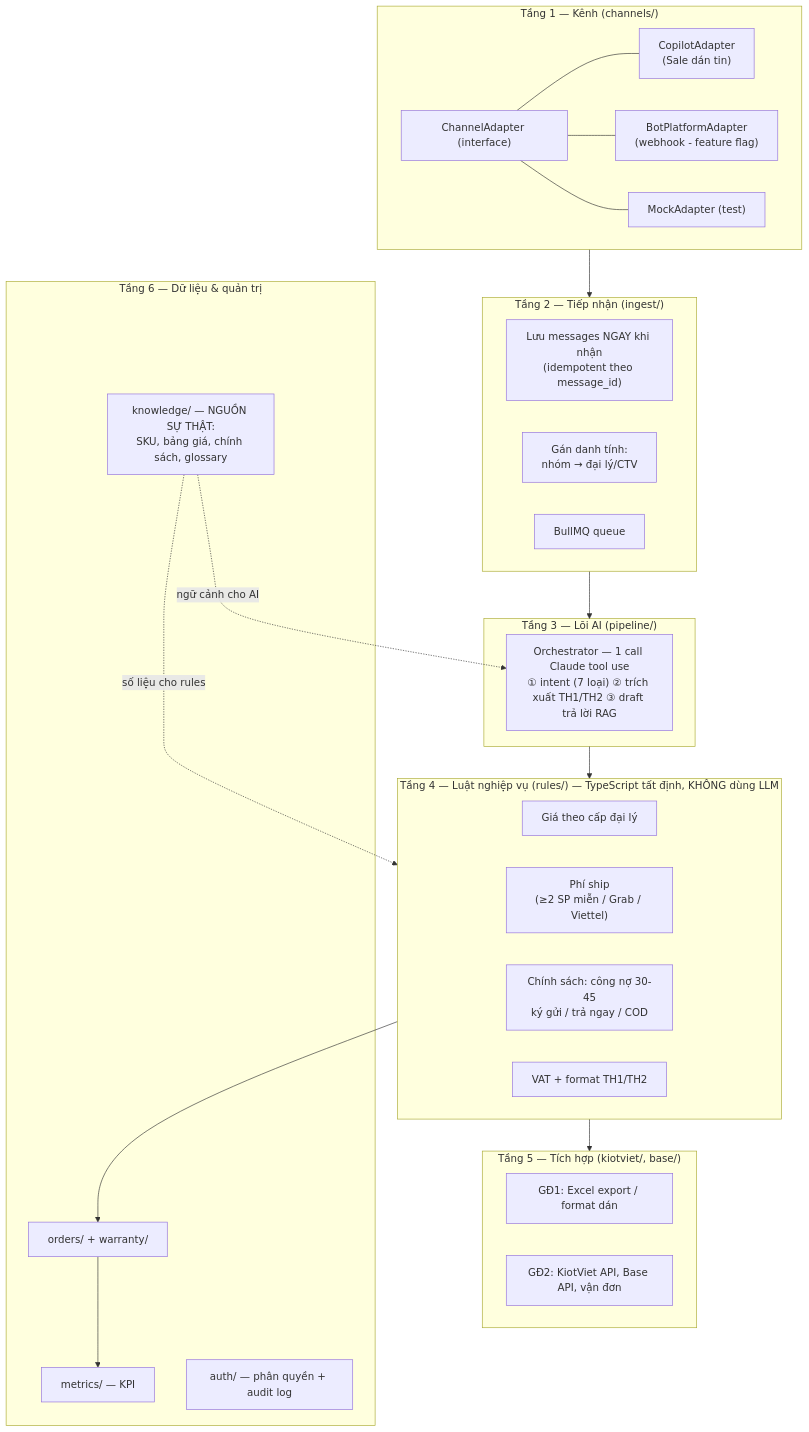
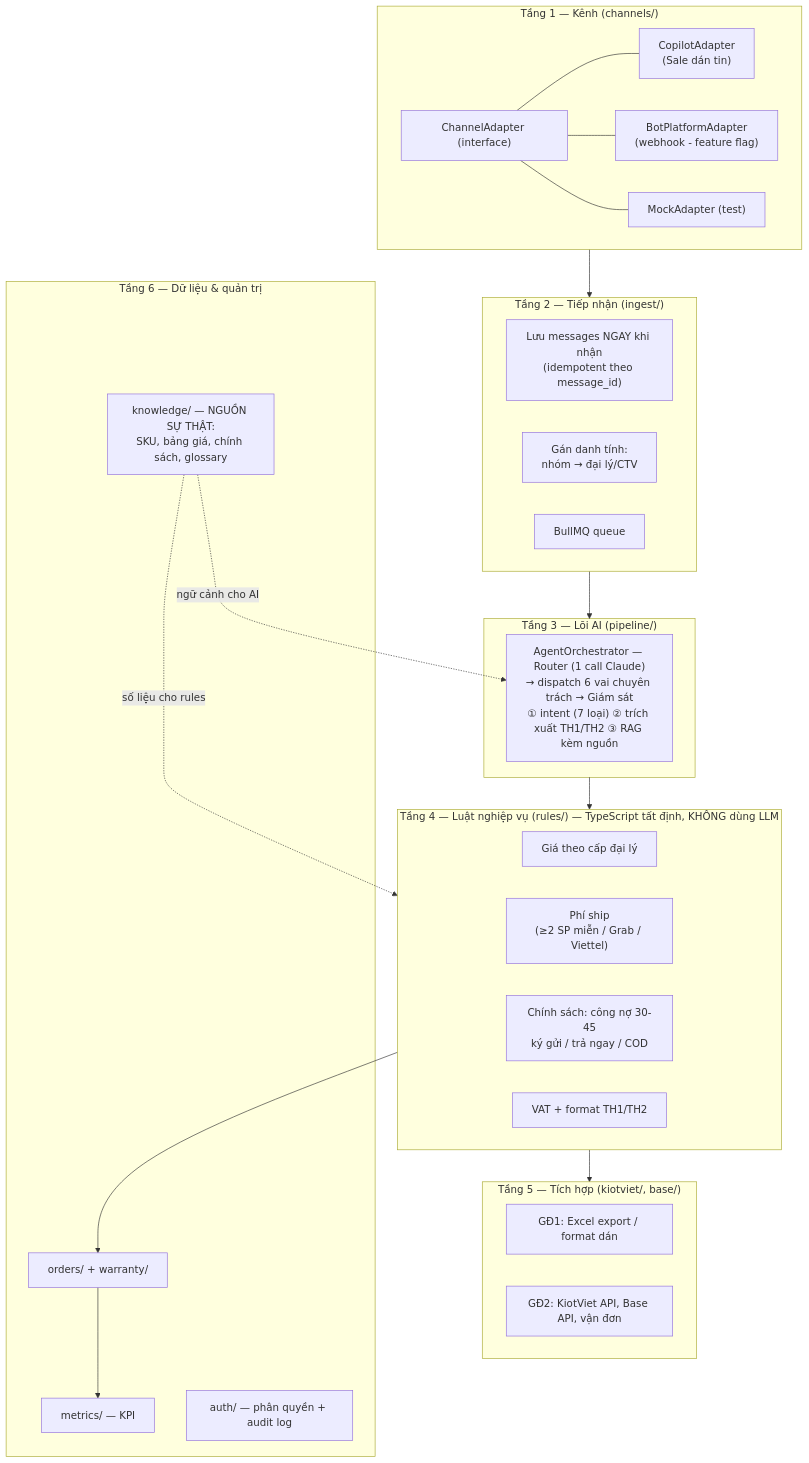
Before and after one commit to phungtienviet14-sketch/nexagnet-platform: the second of 8 diagrams in docs/so-do-he-thong.md, drawn with Mermaid. The commit also changed other lines of this file and 51 other files, not shown here.

````diff
--- a/docs/so-do-he-thong.md
+++ b/docs/so-do-he-thong.md
@@ -44,47 +44,47 @@
 ```mermaid
 flowchart TB
     subgraph L1["Tầng 1 — Kênh (channels/)"]
         CA["ChannelAdapter (interface)"]
         COP["CopilotAdapter<br/>(Sale dán tin)"]
         BOT["BotPlatformAdapter<br/>(webhook - feature flag)"]
         MOCK["MockAdapter (test)"]
         CA --- COP
         CA --- BOT
         CA --- MOCK
     end
 
     subgraph L2["Tầng 2 — Tiếp nhận (ingest/)"]
         SAVE["Lưu messages NGAY khi nhận<br/>(idempotent theo message_id)"]
         IDENT["Gán danh tính:<br/>nhóm → đại lý/CTV"]
         Q["BullMQ queue"]
     end
 
     subgraph L3["Tầng 3 — Lõi AI (pipeline/)"]
-        ORCH["Orchestrator — 1 call Claude tool use<br/>① intent (7 loại) ② trích xuất TH1/TH2 ③ draft trả lời RAG"]
+        ORCH["AgentOrchestrator — Router (1 call Claude)<br/>→ dispatch 6 vai chuyên trách → Giám sát<br/>① intent (7 loại) ② trích xuất TH1/TH2 ③ RAG kèm nguồn"]
     end
 
     subgraph L4["Tầng 4 — Luật nghiệp vụ (rules/) — TypeScript tất định, KHÔNG dùng LLM"]
         PRICE["Giá theo cấp đại lý"]
         SHIPR["Phí ship<br/>(≥2 SP miễn / Grab / Viettel)"]
         POL["Chính sách: công nợ 30-45<br/>ký gửi / trả ngay / COD"]
         VAT["VAT + format TH1/TH2"]
     end
 
     subgraph L5["Tầng 5 — Tích hợp (kiotviet/, base/)"]
         XLS["GĐ1: Excel export / format dán"]
         APIS["GĐ2: KiotViet API, Base API, vận đơn"]
     end
 
     subgraph L6["Tầng 6 — Dữ liệu & quản trị"]
         KNOW["knowledge/ — NGUỒN SỰ THẬT:<br/>SKU, bảng giá, chính sách, glossary"]
         ORD["orders/ + warranty/"]
         MET["metrics/ — KPI"]
         AUTH["auth/ — phân quyền + audit log"]
     end
 
     L1 --> L2 --> L3 --> L4 --> L5
     KNOW -.->|"ngữ cảnh cho AI"| ORCH
     KNOW -.->|"số liệu cho rules"| L4
     L4 --> ORD
     ORD --> MET
 ```
````
